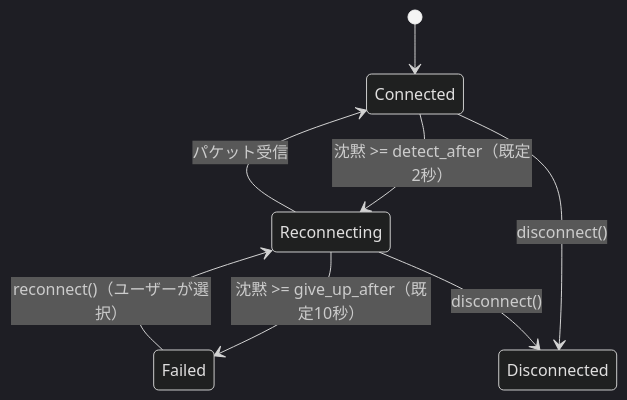
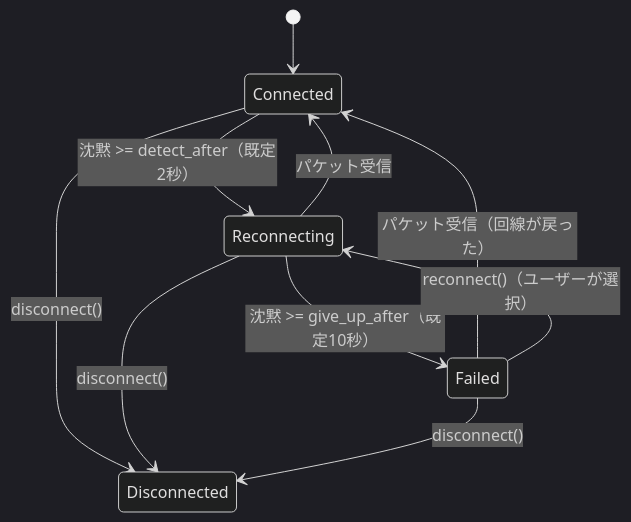
Before and after one commit to koedame/jamuru-client: the diagram in docs-spec/adr/ADR-022-reconnection-and-narrowband-scope.md, drawn with Mermaid (dark theme). The commit also changed other lines of this file and 4 other files, not shown here.

````diff
--- a/docs-spec/adr/ADR-022-reconnection-and-narrowband-scope.md
+++ b/docs-spec/adr/ADR-022-reconnection-and-narrowband-scope.md
@@ -23,10 +23,12 @@
 ```mermaid
 stateDiagram-v2
     [*] --> Connected
     Connected --> Reconnecting: 沈黙 >= detect_after（既定2秒）
     Reconnecting --> Connected: パケット受信
     Reconnecting --> Failed: 沈黙 >= give_up_after（既定10秒）
+    Failed --> Connected: パケット受信（回線が戻った）
     Failed --> Reconnecting: reconnect()（ユーザーが選択）
     Connected --> Disconnected: disconnect()
     Reconnecting --> Disconnected: disconnect()
+    Failed --> Disconnected: disconnect()
 ```
````
